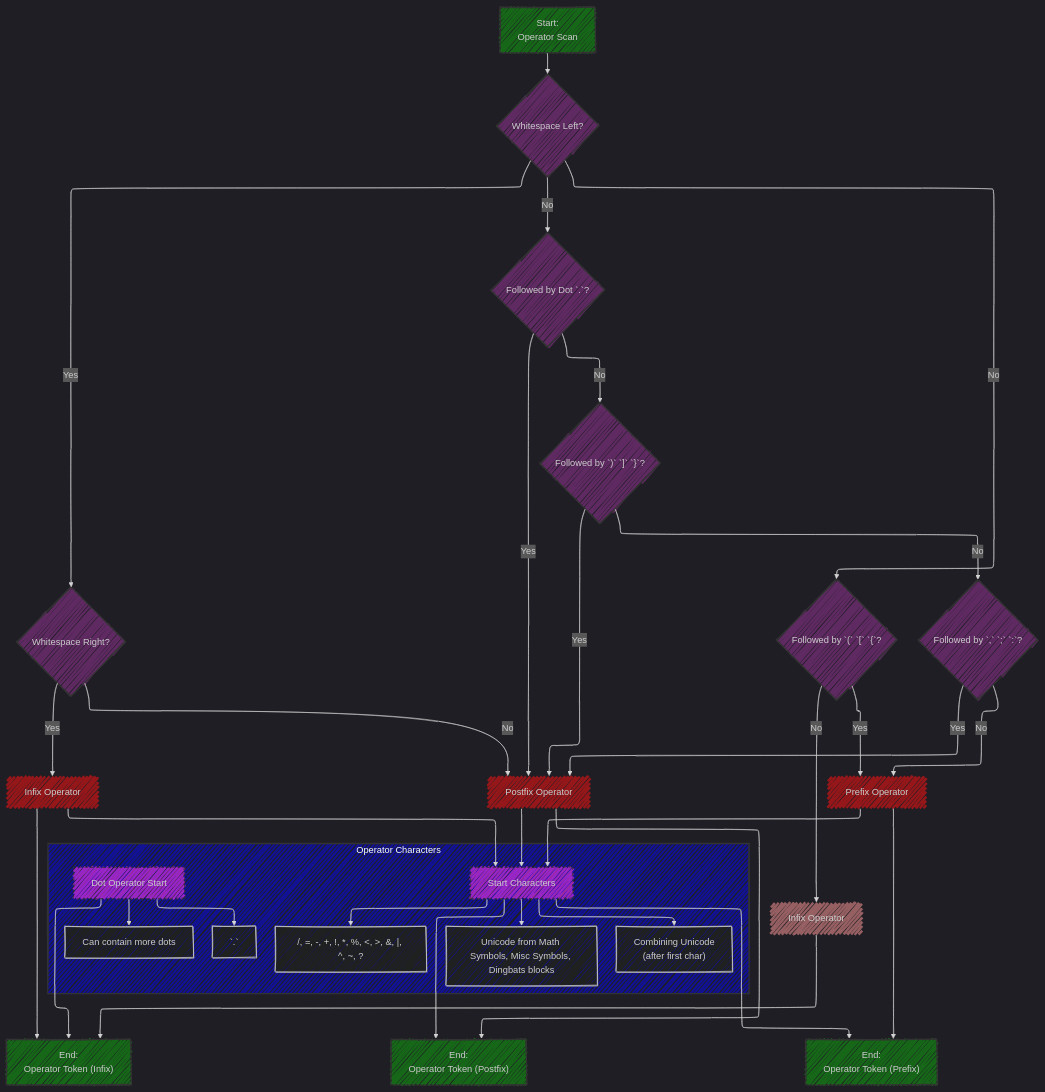
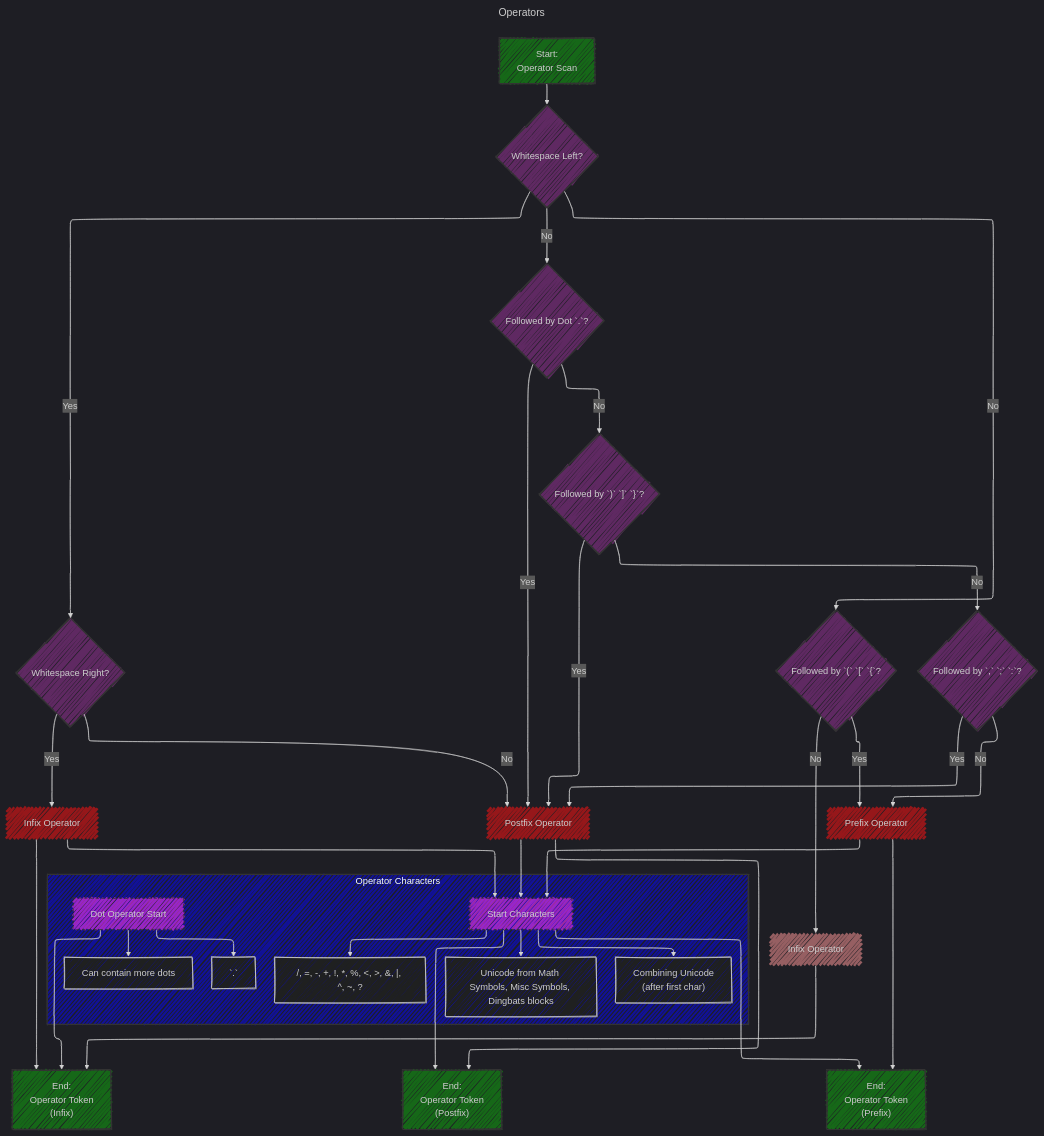
Before and after one commit to CongLeSolutionX/iOS-development-vault: the seventh of 7 diagrams in Swift_book/Lexical_Structure_V1.md, drawn with Mermaid. The commit also changed other lines of this file and 1 other file, not shown here.

````diff
--- a/Swift_book/Lexical_Structure_V1.md
+++ b/Swift_book/Lexical_Structure_V1.md
@@ -635,5 +637,6 @@
 ```mermaid
 ---
+title: Operators
 config:
   layout: elk
   look: handDrawn
@@ -652,9 +655,9 @@
     J["Prefix Operator"];
     K["Infix Operator"];
 
-    L["End:<br>Operator Token (Infix)"];
-    M["End:<br>Operator Token (Postfix)"];
-    N["End:<br>Operator Token (Prefix)"];
+    L["End:<br>Operator Token<br>(Infix)"];
+    M["End:<br>Operator Token<br>(Postfix)"];
+    N["End:<br>Operator Token<br>(Prefix)"];
 
 
     A --> B
````
